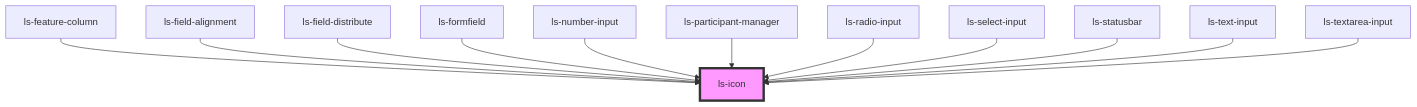
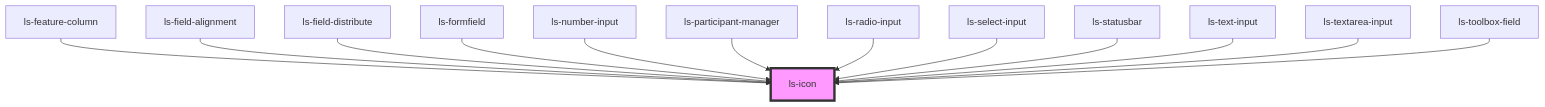
One commit to legalesign/ls-document-viewer changed the diagram in src/components/ls-icon/readme.md. Above: the diagram before and after it, drawn with Mermaid. The commit also changed other lines of this file and 13 other files, not shown here.

````diff
--- a/src/components/ls-icon/readme.md
+++ b/src/components/ls-icon/readme.md
@@ -35,15 +36,16 @@
 ```mermaid
 graph TD;
   ls-feature-column --> ls-icon
   ls-field-alignment --> ls-icon
   ls-field-distribute --> ls-icon
   ls-formfield --> ls-icon
   ls-number-input --> ls-icon
   ls-participant-manager --> ls-icon
   ls-radio-input --> ls-icon
   ls-select-input --> ls-icon
   ls-statusbar --> ls-icon
   ls-text-input --> ls-icon
   ls-textarea-input --> ls-icon
+  ls-toolbox-field --> ls-icon
   style ls-icon fill:#f9f,stroke:#333,stroke-width:4px
 ```
````
